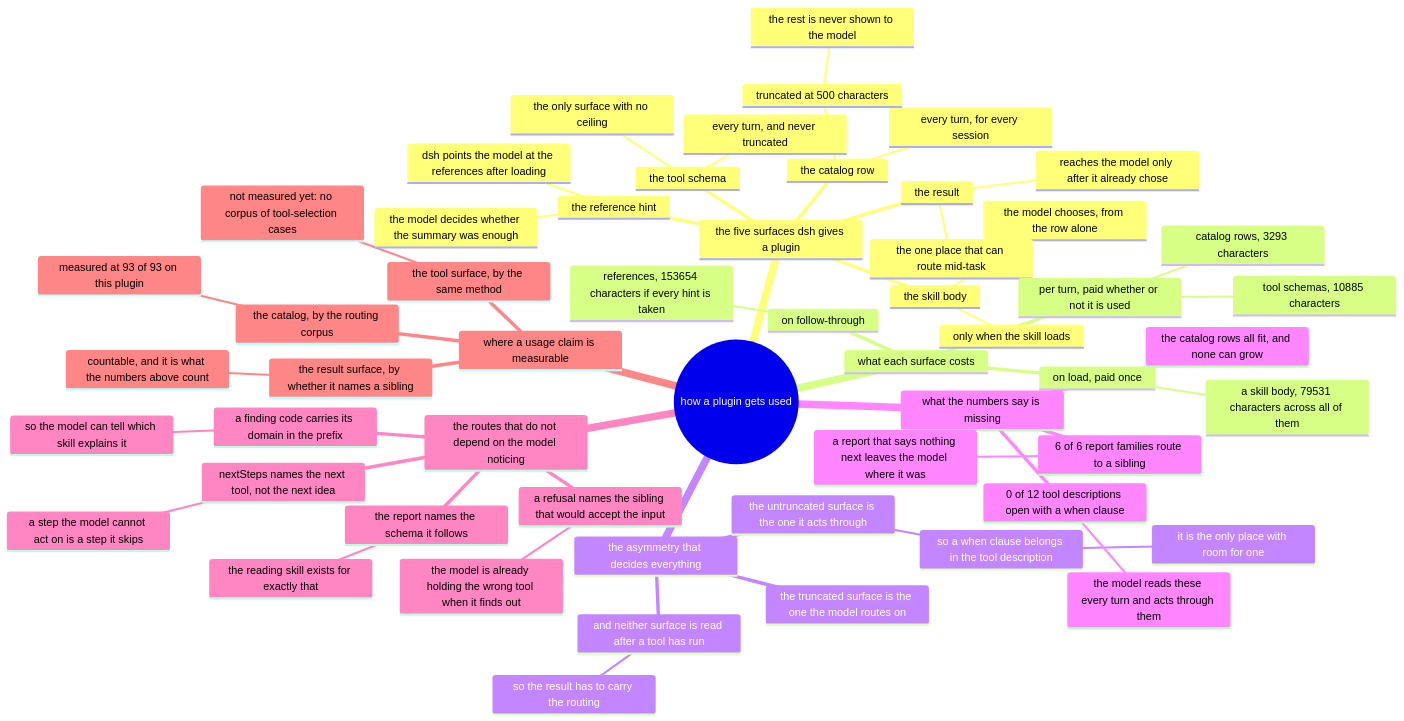
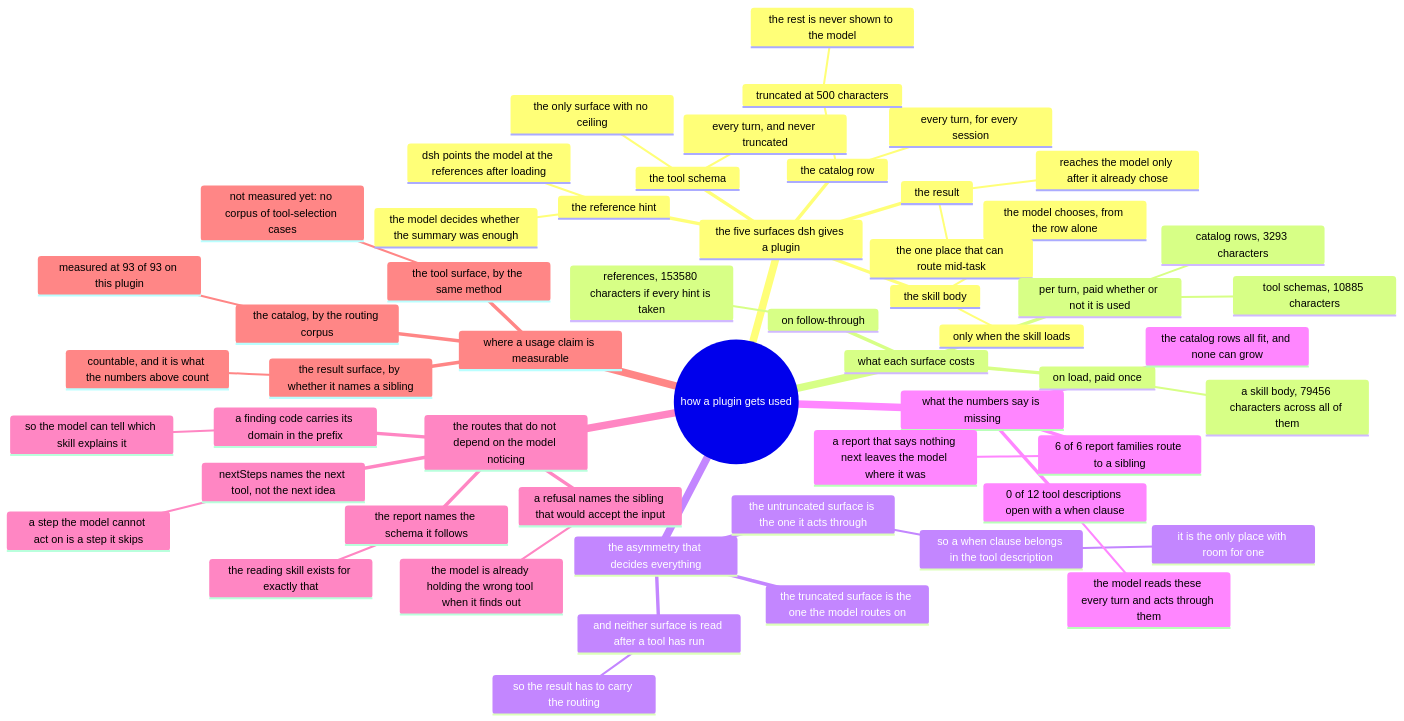
The diagram in docs/usage/mindmap.mmd (AmethystLuna/dsh-model-everything), drawn with Mermaid before and after one commit. The commit also changed 8 other files, not shown here.

```diff
--- a/docs/usage/mindmap.mmd
+++ b/docs/usage/mindmap.mmd
@@ -1,56 +1,56 @@
 mindmap
 root((how a plugin gets used))
   the five surfaces dsh gives a plugin
     the catalog row
       every turn, for every session
       truncated at 500 characters
         the rest is never shown to the model
     the skill body
       only when the skill loads
       the model chooses, from the row alone
     the reference hint
       dsh points the model at the references after loading
       the model decides whether the summary was enough
     the tool schema
       every turn, and never truncated
       the only surface with no ceiling
     the result
       reaches the model only after it already chose
       the one place that can route mid-task
   what each surface costs
     per turn, paid whether or not it is used
       catalog rows, 3293 characters
       tool schemas, 10885 characters
     on load, paid once
-      a skill body, 79531 characters across all of them
+      a skill body, 79456 characters across all of them
     on follow-through
-      references, 153654 characters if every hint is taken
+      references, 153580 characters if every hint is taken
   the asymmetry that decides everything
     the truncated surface is the one the model routes on
     the untruncated surface is the one it acts through
       so a when clause belongs in the tool description
         it is the only place with room for one
     and neither surface is read after a tool has run
       so the result has to carry the routing
   what the numbers say is missing
     0 of 12 tool descriptions open with a when clause
       the model reads these every turn and acts through them
     6 of 6 report families route to a sibling
       a report that says nothing next leaves the model where it was
     the catalog rows all fit, and none can grow
   the routes that do not depend on the model noticing
     a refusal names the sibling that would accept the input
       the model is already holding the wrong tool when it finds out
     nextSteps names the next tool, not the next idea
       a step the model cannot act on is a step it skips
     a finding code carries its domain in the prefix
       so the model can tell which skill explains it
     the report names the schema it follows
       the reading skill exists for exactly that
   where a usage claim is measurable
     the catalog, by the routing corpus
       measured at 93 of 93 on this plugin
     the tool surface, by the same method
       not measured yet: no corpus of tool-selection cases
     the result surface, by whether it names a sibling
       countable, and it is what the numbers above count
```
